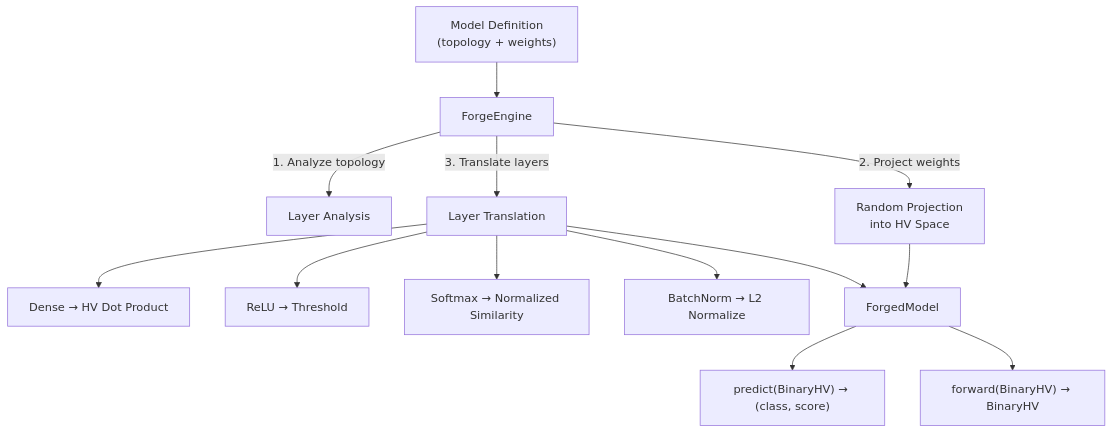
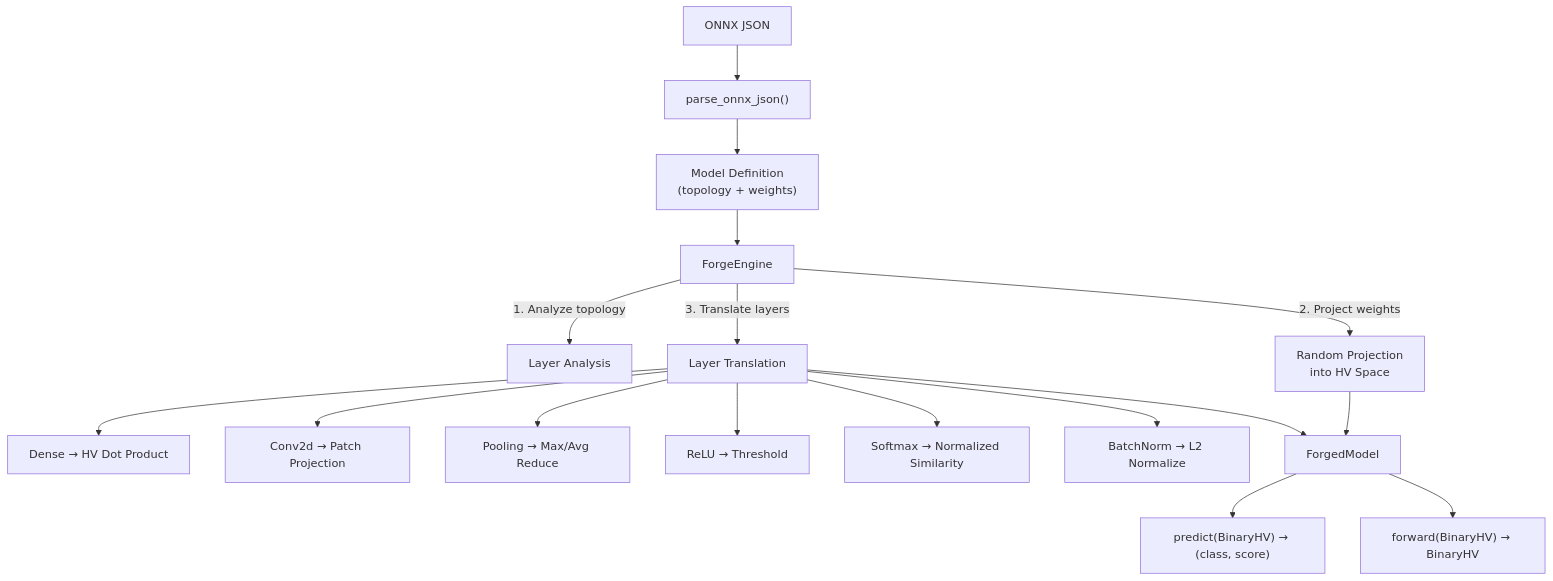
One commit to yablokolabs/nexa-core changed the sixth of 10 diagrams in README.md. Above: the diagram before and after it, drawn with Mermaid. The commit also changed other lines of this file, not shown here.

Commit message:
docs: update diagrams for Conv2d/Pooling, ONNX, multimodal inputs, encryption

````diff
--- a/README.md
+++ b/README.md
@@ -424,17 +425,21 @@
 ```mermaid
 flowchart TD
     ModelDef["Model Definition<br/>(topology + weights)"] --> ForgeEngine["ForgeEngine"]
+    ONNX["ONNX JSON"] --> OnnxParser["parse_onnx_json()"]
+    OnnxParser --> ModelDef
     ForgeEngine --> |"1. Analyze topology"| Analyze["Layer Analysis"]
     ForgeEngine --> |"2. Project weights"| Project["Random Projection<br/>into HV Space"]
     ForgeEngine --> |"3. Translate layers"| Translate["Layer Translation"]
 
     Translate --> Dense["Dense → HV Dot Product"]
+    Translate --> Conv2d["Conv2d → Patch Projection"]
+    Translate --> Pooling["Pooling → Max/Avg Reduce"]
     Translate --> ReLU["ReLU → Threshold"]
     Translate --> Softmax["Softmax → Normalized Similarity"]
     Translate --> BN["BatchNorm → L2 Normalize"]
 
     Project --> ForgedModel["ForgedModel"]
     Translate --> ForgedModel
     ForgedModel --> Predict["predict(BinaryHV) → (class, score)"]
     ForgedModel --> Forward["forward(BinaryHV) → BinaryHV"]
 ```
````
